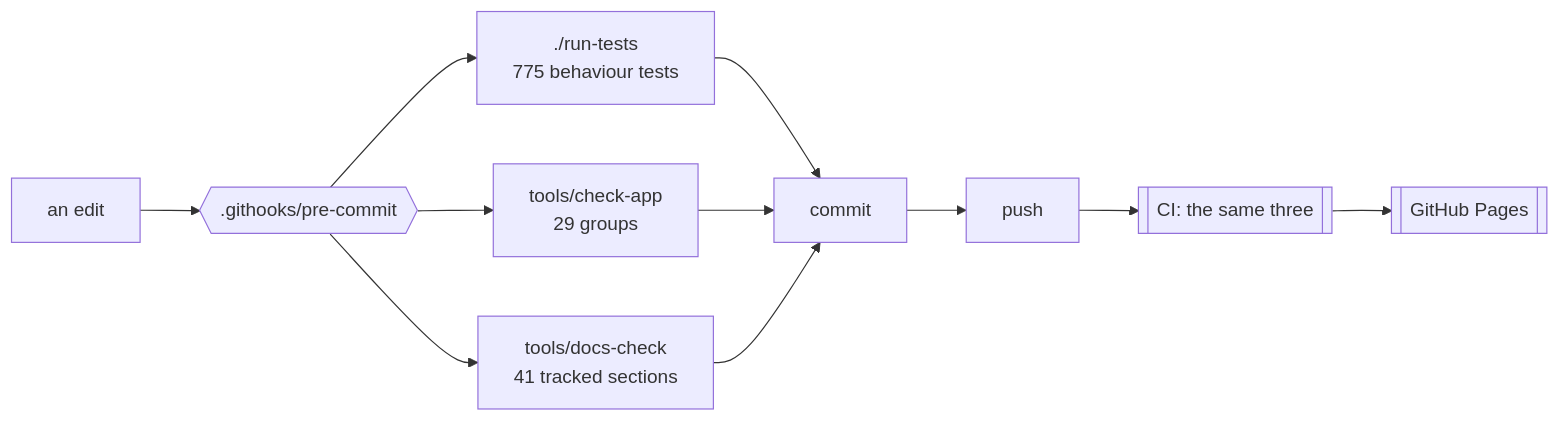
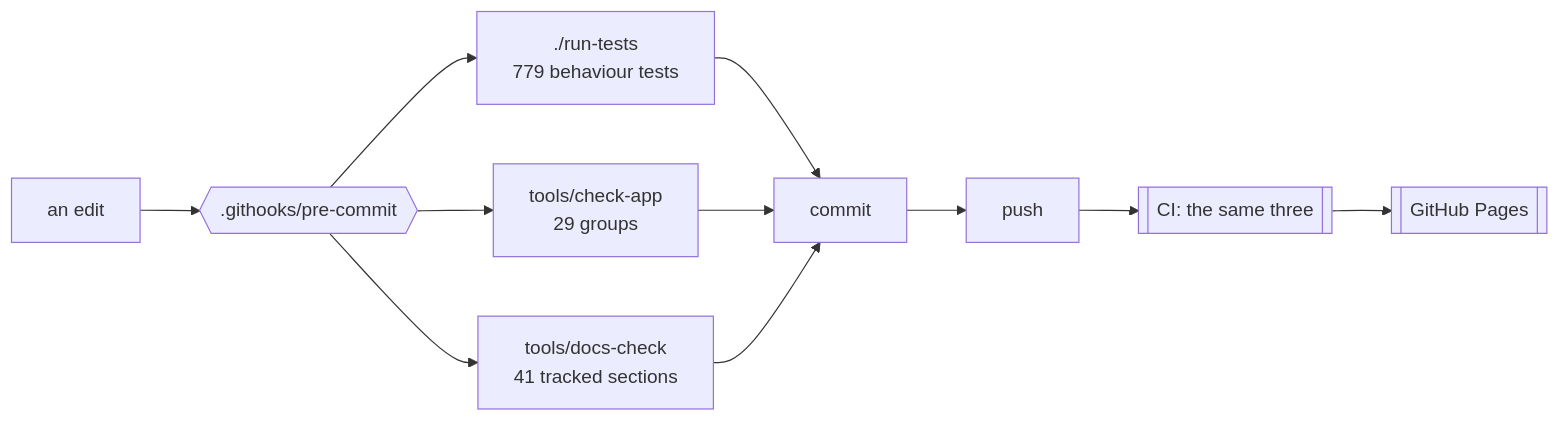
One commit to minormending/crystal-pilot-mobile changed the first of 2 diagrams in docs/DEVELOPING.md. Above: the diagram before and after it, drawn with Mermaid. The commit also changed other lines of this file and 2 other files, not shown here.

````diff
--- a/docs/DEVELOPING.md
+++ b/docs/DEVELOPING.md
@@ -15,12 +15,12 @@
 ```mermaid
 flowchart LR
     E[an edit] --> H{{".githooks/pre-commit"}}
-    H --> T["./run-tests<br/>775 behaviour tests"]
+    H --> T["./run-tests<br/>779 behaviour tests"]
     H --> C["tools/check-app<br/>29 groups"]
     H --> D["tools/docs-check<br/>41 tracked sections"]
     T --> OK[commit]
     C --> OK
     D --> OK
     OK --> P[push] --> CI[["CI: the same three"]]
     CI --> PG[[GitHub Pages]]
 ```
````
